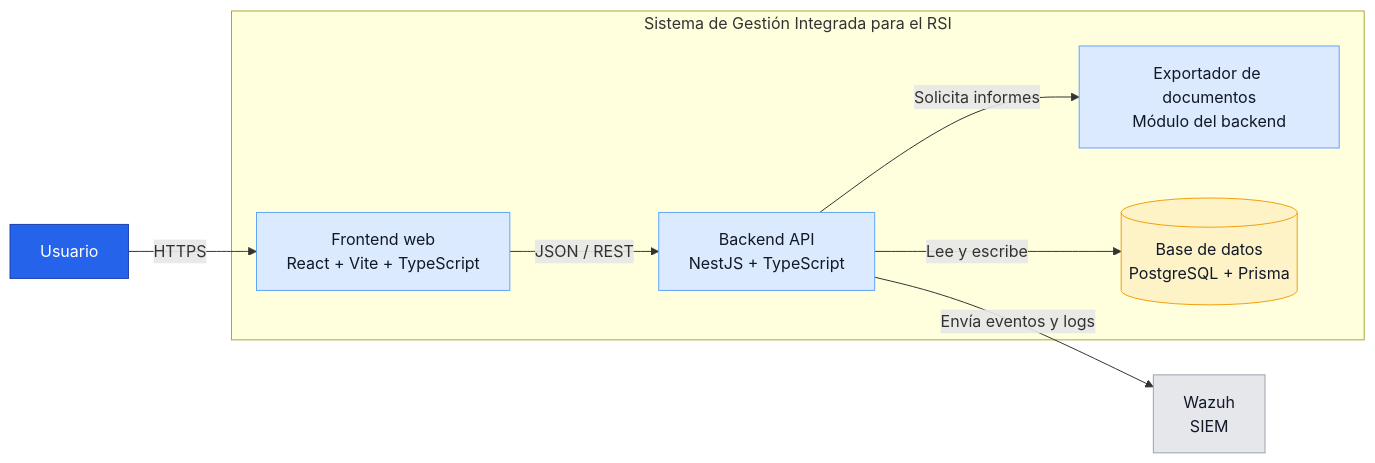
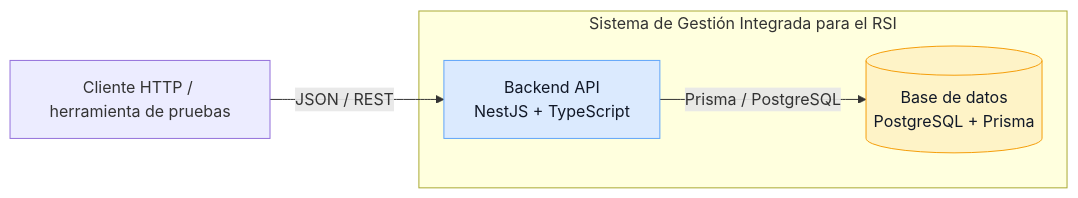
Before and after one commit to DieAndres/sistema-rsi: the second of 3 diagrams in docs/00-arquitectura.md, drawn with Mermaid. The commit also changed other lines of this file and 5 other files, not shown here.

Commit message:
docs: actualizar arquitectura y evidencias del backend

````diff
--- a/docs/00-arquitectura.md
+++ b/docs/00-arquitectura.md
@@ -39,28 +46,17 @@
 ```mermaid
 flowchart LR
     Usuario[Usuario]
 
     subgraph Sistema[ Sistema de Gestión Integrada para el RSI ]
-        Frontend[Frontend web<br/>React + Vite + TypeScript]
         Backend[Backend API<br/>NestJS + TypeScript]
-        Exportador[Exportador de documentos<br/>Módulo del backend]
         BD[(Base de datos<br/>PostgreSQL + Prisma)]
     end
 
-    Wazuh[Wazuh<br/>SIEM]
+    Usuario[Cliente HTTP / herramienta de pruebas] -->|JSON / REST| Backend
+    Backend -->|Prisma / PostgreSQL| BD
 
-    Usuario -->|HTTPS| Frontend
-    Frontend -->|JSON / REST| Backend
-    Backend -->|Lee y escribe| BD
-    Backend -->|Solicita informes| Exportador
-    Backend -->|Envía eventos y logs| Wazuh
-
-    classDef user fill:#2563eb,color:#fff,stroke:#1e40af
     classDef app fill:#dbeafe,color:#111827,stroke:#60a5fa
     classDef data fill:#fef3c7,color:#111827,stroke:#f59e0b
-    classDef external fill:#e5e7eb,color:#111827,stroke:#9ca3af
-    class Usuario user
-    class Frontend,Backend,Exportador app
+    class Backend app
     class BD data
-    class Wazuh external
 ```
````
